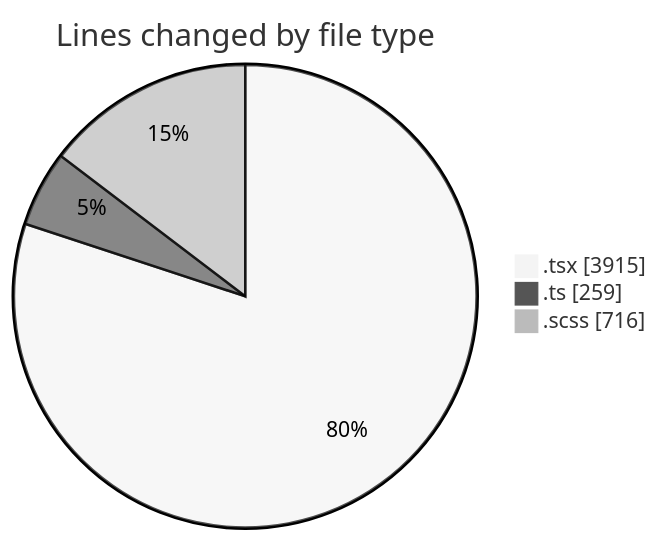
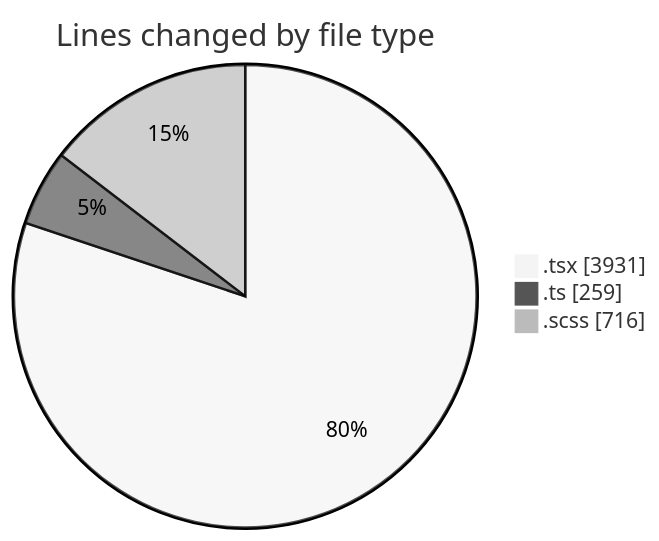
Before and after one commit to momahboobian/code-tracking: the first of 2 diagrams in 2025-09-15/cda/README.md, drawn with Mermaid (neutral theme). The commit also changed other lines of this file and 1 other file, not shown here.

````diff
--- a/2025-09-15/cda/README.md
+++ b/2025-09-15/cda/README.md
@@ -26,7 +26,7 @@
 ```mermaid
 pie showData
 title Lines changed by file type
-".tsx" : 3915
+".tsx" : 3931
 ".ts" : 259
 ".scss" : 716
 ```
````
